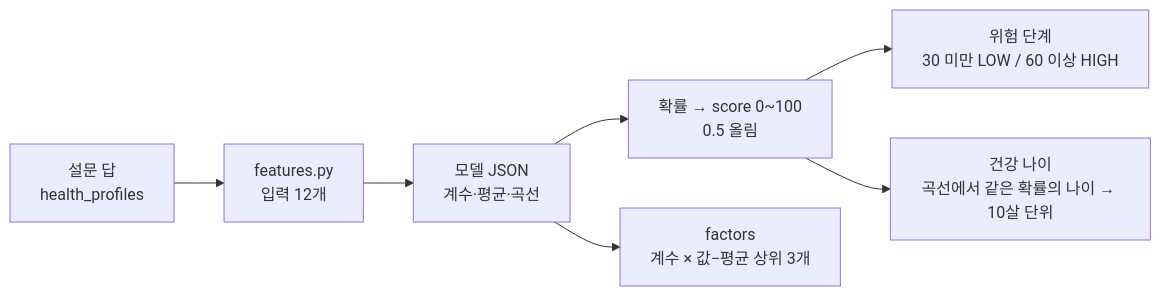
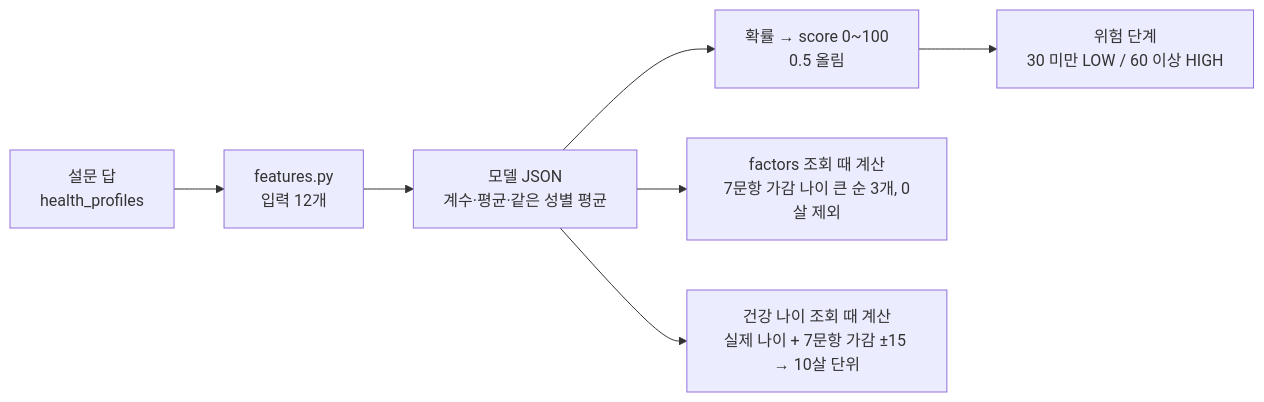
The second of 2 diagrams in ml/README.md (AI-HealthCare-07/pair2care), drawn with Mermaid before and after one commit. The commit also changed other lines of this file and 5 other files, not shown here.

````diff
--- a/ml/README.md
+++ b/ml/README.md
@@ -50,9 +50,9 @@
 ```mermaid
 flowchart LR
     S[설문 답<br/>health_profiles] --> T[features.py<br/>입력 12개]
-    T --> M[모델 JSON<br/>계수·평균·곡선]
+    T --> M[모델 JSON<br/>계수·평균·같은 성별 평균]
     M --> P[확률 → score 0~100<br/>0.5 올림]
     P --> L[위험 단계<br/>30 미만 LOW / 60 이상 HIGH]
-    M --> FA[factors<br/>계수 × 값−평균 상위 3개]
-    P --> HA[건강 나이<br/>곡선에서 같은 확률의 나이 → 10살 단위]
+    M --> FA[factors 조회 때 계산<br/>7문항 가감 나이 큰 순 3개, 0살 제외]
+    M --> HA[건강 나이 조회 때 계산<br/>실제 나이 + 7문항 가감 ±15 → 10살 단위]
 ```
````
